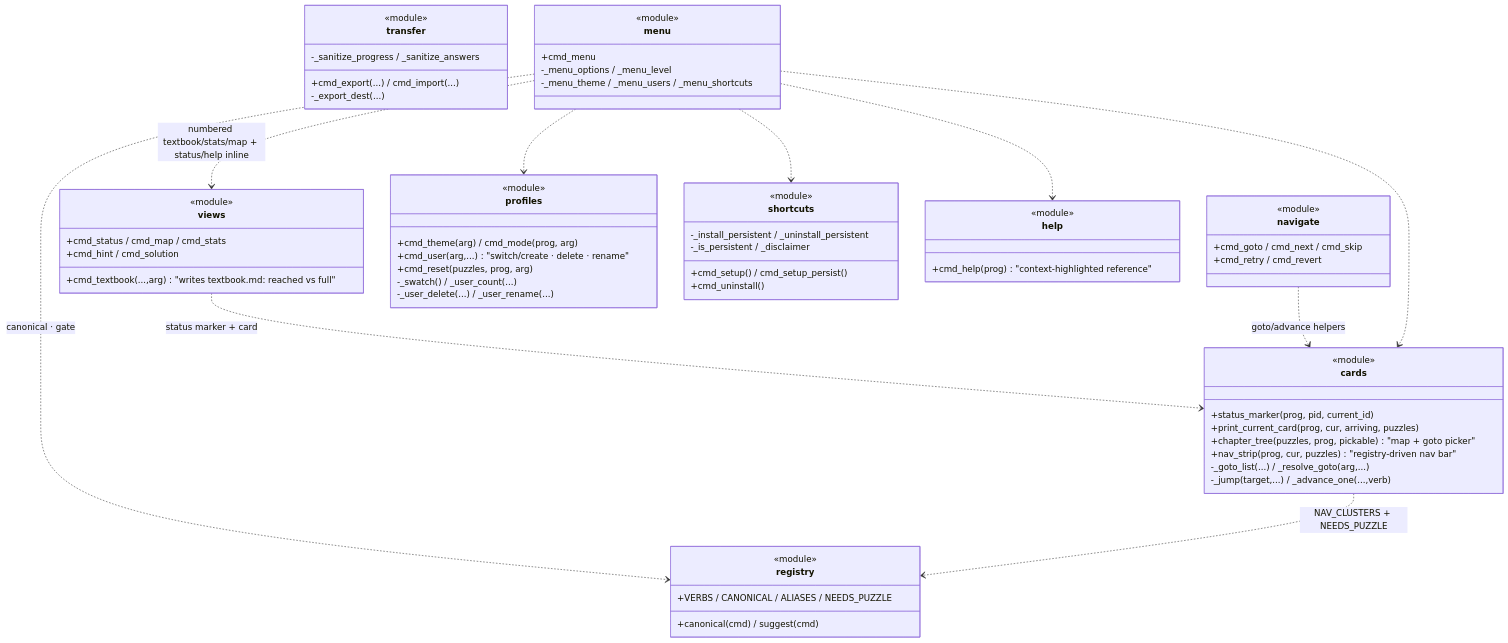
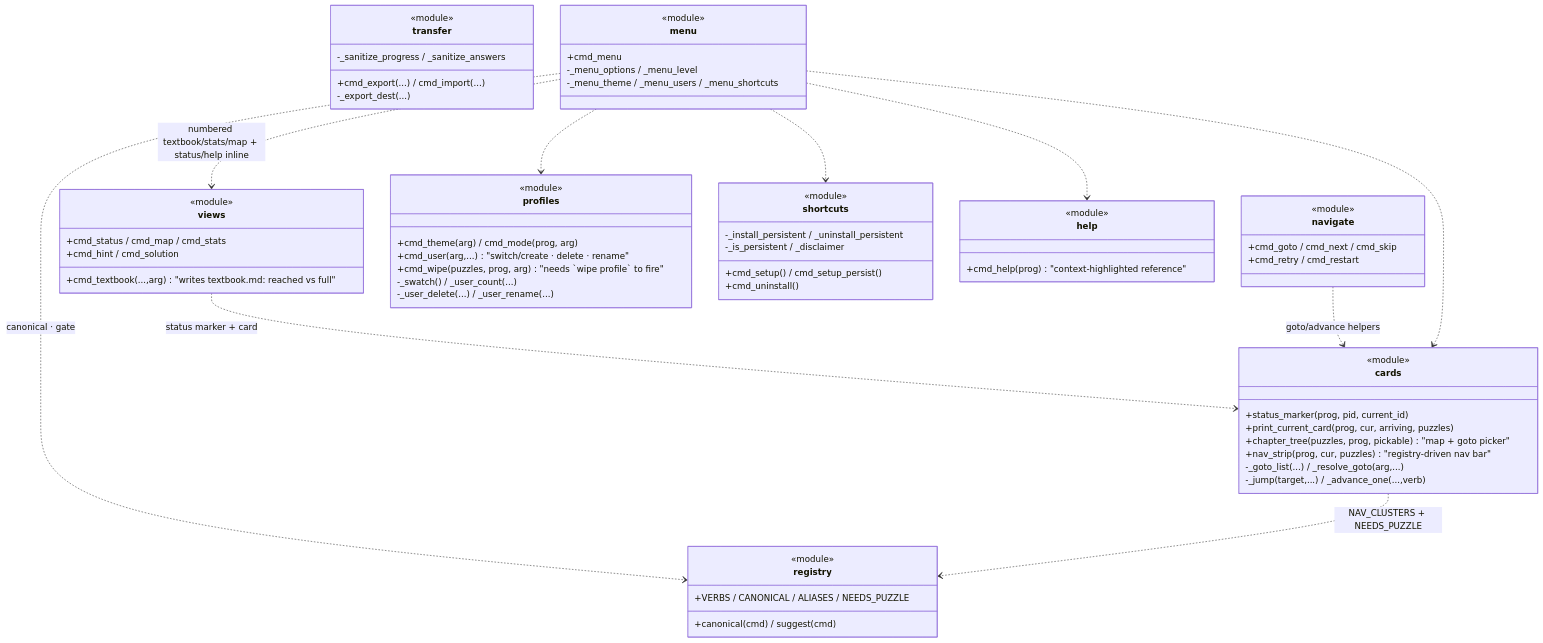
The second of 4 diagrams in docs/architecture/commands.md (N041M/PyQuest), drawn with Mermaid before and after one commit. The commit also changed other lines of this file and 15 other files, not shown here.

Commit message:
Rename revert->restart and reset->wipe profile (gated, distinct)

````diff
--- a/docs/architecture/commands.md
+++ b/docs/architecture/commands.md
@@ -51,68 +51,68 @@
 ```mermaid
 classDiagram
     class registry {
         <<module>>
         +VERBS / CANONICAL / ALIASES / NEEDS_PUZZLE
         +canonical(cmd) / suggest(cmd)
     }
     class cards {
         <<module>>
         +status_marker(prog, pid, current_id)
         +print_current_card(prog, cur, arriving, puzzles)
         +chapter_tree(puzzles, prog, pickable)  "map + goto picker"
         +nav_strip(prog, cur, puzzles)  "registry-driven nav bar"
         -_goto_list(...) / _resolve_goto(arg,...)
         -_jump(target,...) / _advance_one(...,verb)
     }
     class views {
         <<module>>
         +cmd_status / cmd_map / cmd_stats
         +cmd_hint / cmd_solution
         +cmd_textbook(...,arg)  "writes textbook.md: reached vs full"
     }
     class navigate {
         <<module>>
         +cmd_goto / cmd_next / cmd_skip
-        +cmd_retry / cmd_revert
+        +cmd_retry / cmd_restart
     }
     class profiles {
         <<module>>
         +cmd_theme(arg) / cmd_mode(prog, arg)
         +cmd_user(arg,...)  "switch/create · delete · rename"
-        +cmd_reset(puzzles, prog, arg)
+        +cmd_wipe(puzzles, prog, arg)  "needs `wipe profile` to fire"
         -_swatch() / _user_count(...)
         -_user_delete(...) / _user_rename(...)
     }
     class transfer {
         <<module>>
         +cmd_export(...) / cmd_import(...)
         -_export_dest(...)
         -_sanitize_progress / _sanitize_answers
     }
     class shortcuts {
         <<module>>
         +cmd_setup() / cmd_setup_persist()
         +cmd_uninstall()
         -_install_persistent / _uninstall_persistent
         -_is_persistent / _disclaimer
     }
     class menu {
         <<module>>
         +cmd_menu
         -_menu_options / _menu_level
         -_menu_theme / _menu_users / _menu_shortcuts
     }
     class help {
         <<module>>
         +cmd_help(prog)  "context-highlighted reference"
     }
     views ..> cards : status marker + card
     navigate ..> cards : goto/advance helpers
     menu ..> cards
     menu ..> profiles
     menu ..> shortcuts
     menu ..> views : numbered textbook/stats/map + status/help inline
     menu ..> help
     menu ..> registry : canonical · gate
     cards ..> registry : NAV_CLUSTERS + NEEDS_PUZZLE
 ```
````
